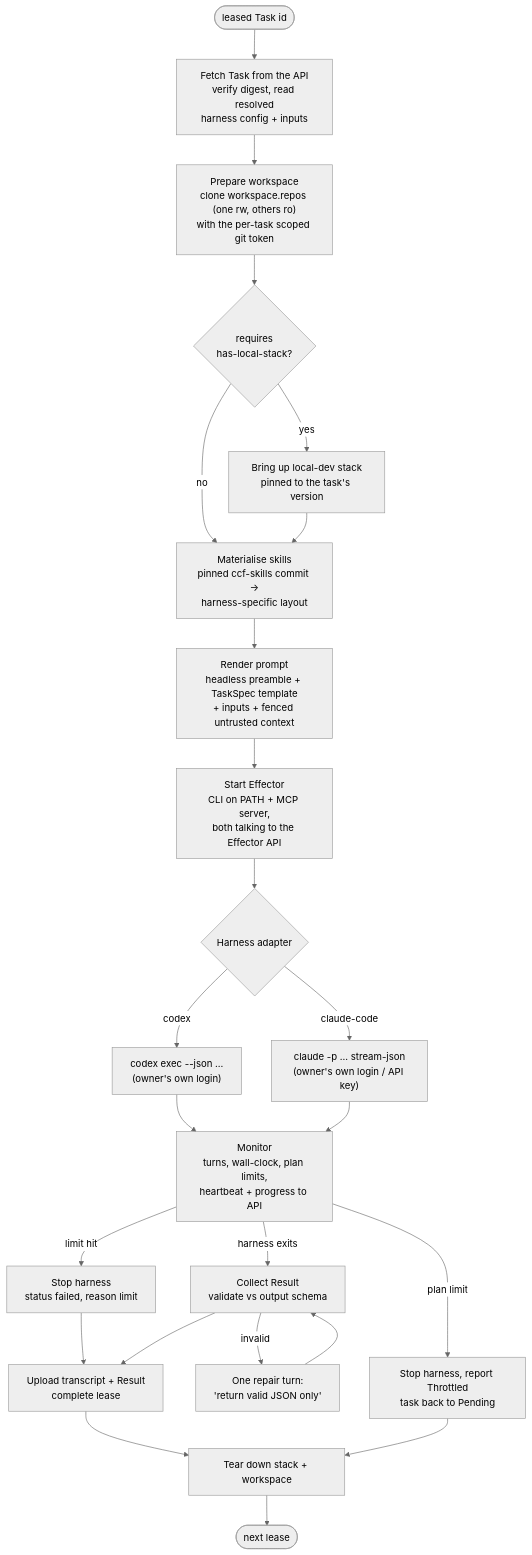
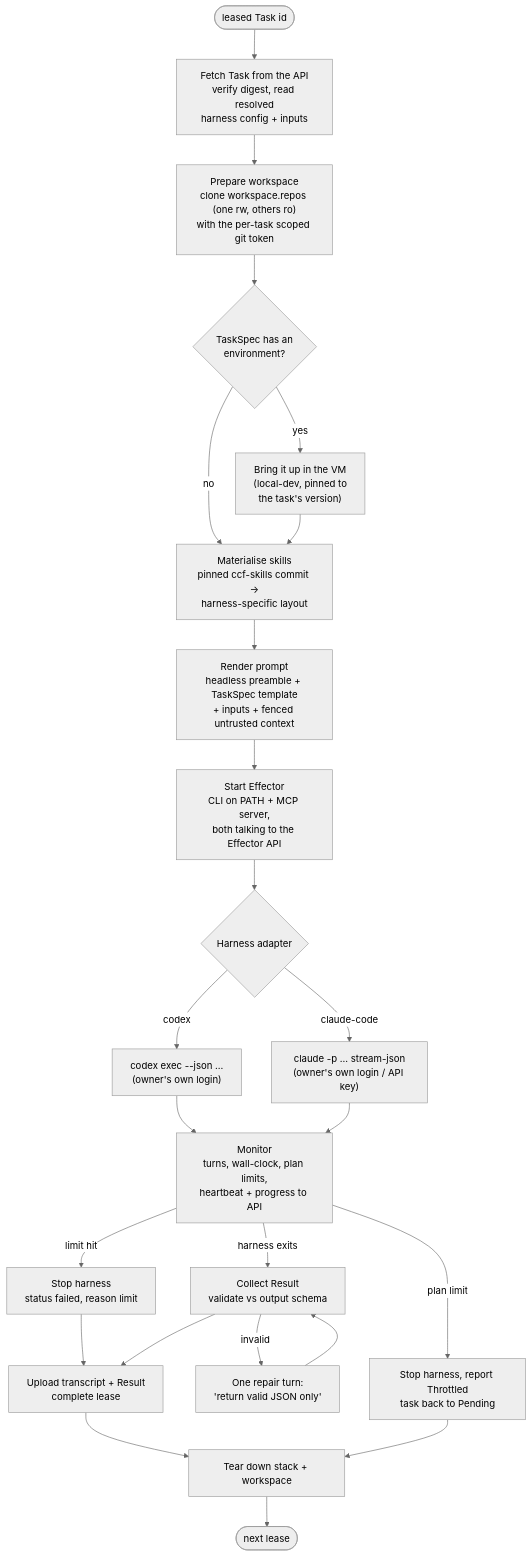
The first of 2 diagrams in design/05-agent-runtime.md (ContainerSolutions/factory), drawn with Mermaid (neutral theme) before and after one commit. The commit also changed other lines of this file and 32 other files, not shown here.

````diff
--- a/design/05-agent-runtime.md
+++ b/design/05-agent-runtime.md
@@ -18,26 +18,26 @@
 ```mermaid
 flowchart TD
     L([leased Task id]) --> F["Fetch Task from the API<br/>verify digest, read resolved<br/>harness config + inputs"]
     F --> W["Prepare workspace<br/>clone workspace.repos (one rw, others ro)<br/>with the per-task scoped git token"]
-    W --> S{"requires<br/>has-local-stack?"}
-    S -- yes --> ST["Bring up local-dev stack<br/>pinned to the task's version"]
+    W --> S{"TaskSpec has an<br/>environment?"}
+    S -- yes --> ST["Bring it up in the VM<br/>(local-dev, pinned to<br/>the task's version)"]
     S -- no --> K
     ST --> K["Materialise skills<br/>pinned ccf-skills commit →<br/>harness-specific layout"]
     K --> P["Render prompt<br/>headless preamble + TaskSpec template<br/>+ inputs + fenced untrusted context"]
     P --> E["Start Effector<br/>CLI on PATH + MCP server,<br/>both talking to the Effector API"]
     E --> H{"Harness adapter"}
     H -- codex --> HX["codex exec --json …<br/>(owner's own login)"]
     H -- claude-code --> HC["claude -p … stream-json<br/>(owner's own login / API key)"]
     HX --> M["Monitor<br/>turns, wall-clock, plan limits,<br/>heartbeat + progress to API"]
     HC --> M
     M -->|limit hit| X["Stop harness<br/>status failed, reason limit"]
     M -->|plan limit| T["Stop harness, report Throttled<br/>task back to Pending"]
     M -->|harness exits| R["Collect Result<br/>validate vs output schema"]
     R -->|invalid| RR["One repair turn:<br/>'return valid JSON only'"]
     RR --> R
     X --> U
     R --> U["Upload transcript + Result<br/>complete lease"]
     U --> TD["Tear down stack + workspace"]
     T --> TD
     TD --> Z([next lease])
 ```
````
